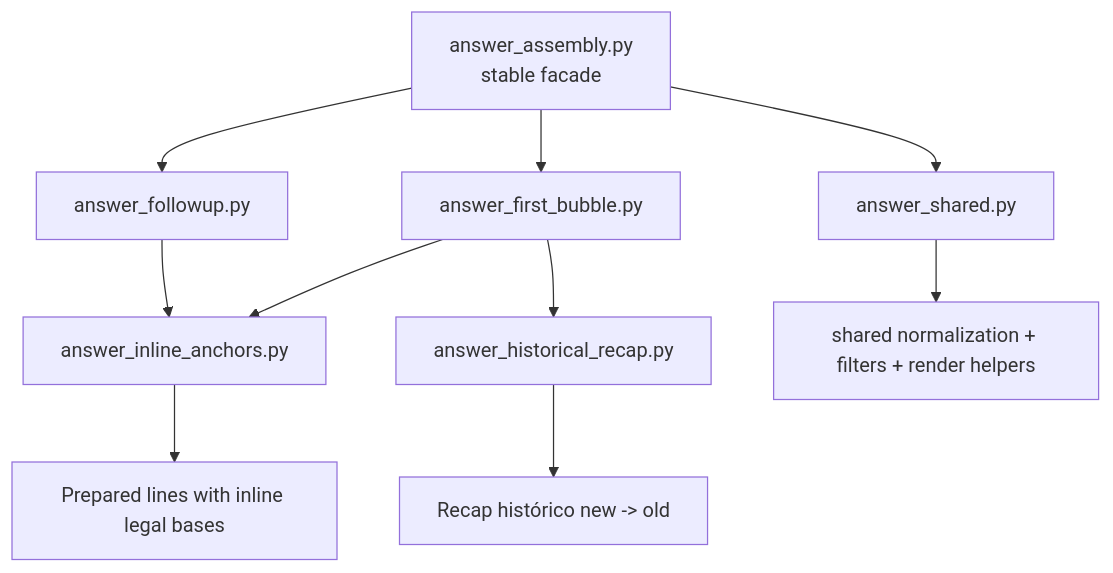
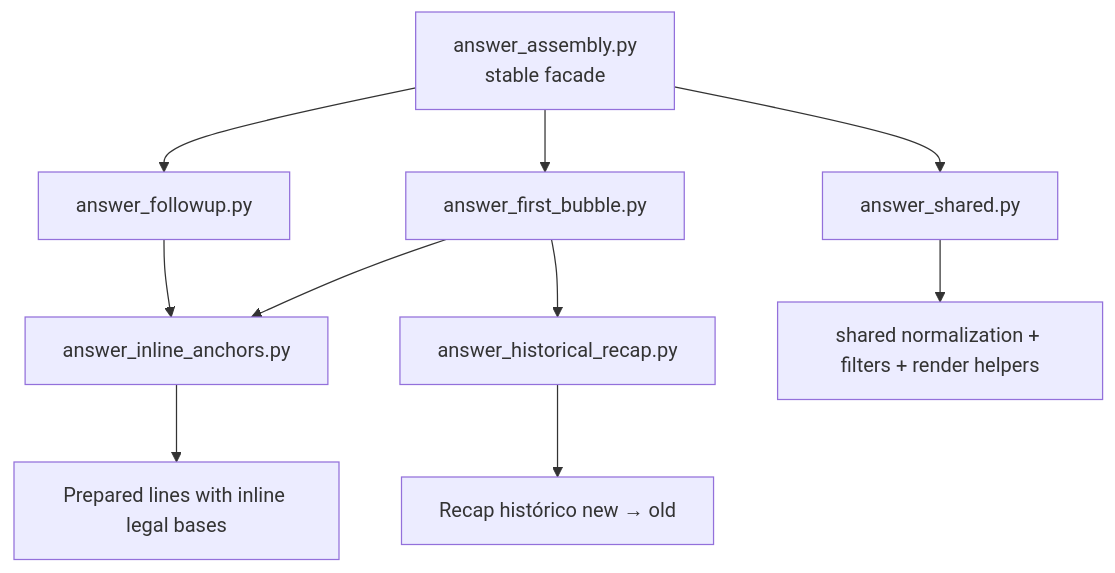
One commit to avas888/LIA_Graph changed the third of 3 diagrams in docs/guide/orchestration.md. Above: the diagram before and after it, drawn with Mermaid. The commit also changed other lines of this file, not shown here.

````diff
--- a/docs/guide/orchestration.md
+++ b/docs/guide/orchestration.md
@@ -1011,12 +701,12 @@
 ```mermaid
 flowchart TD
     A["answer_assembly.py<br/>stable facade"] --> B["answer_first_bubble.py"]
     A --> C["answer_followup.py"]
     A --> D["answer_shared.py"]
     B --> E["answer_inline_anchors.py"]
     B --> F["answer_historical_recap.py"]
     C --> E
     D --> G["shared normalization + filters + render helpers"]
     E --> H["Prepared lines with inline legal bases"]
-    F --> I["Recap histórico new -> old"]
+    F --> I["Recap histórico new → old"]
 ```
````
